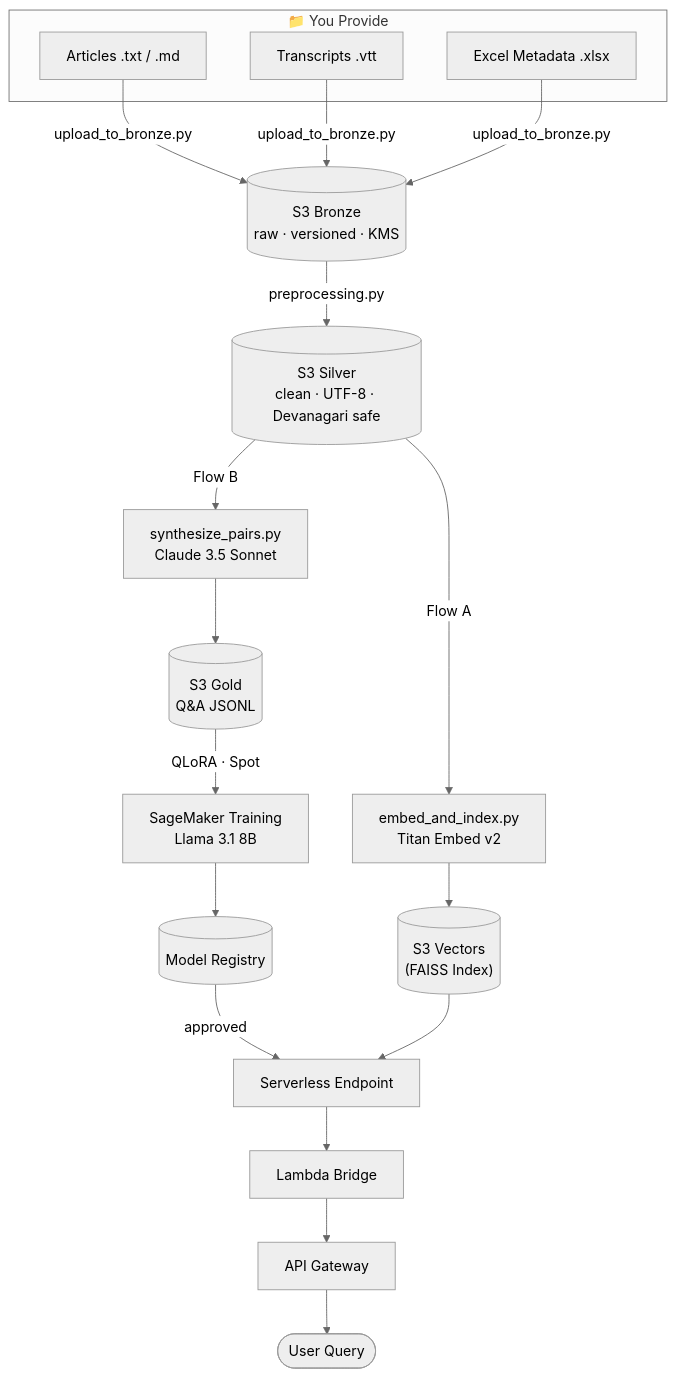
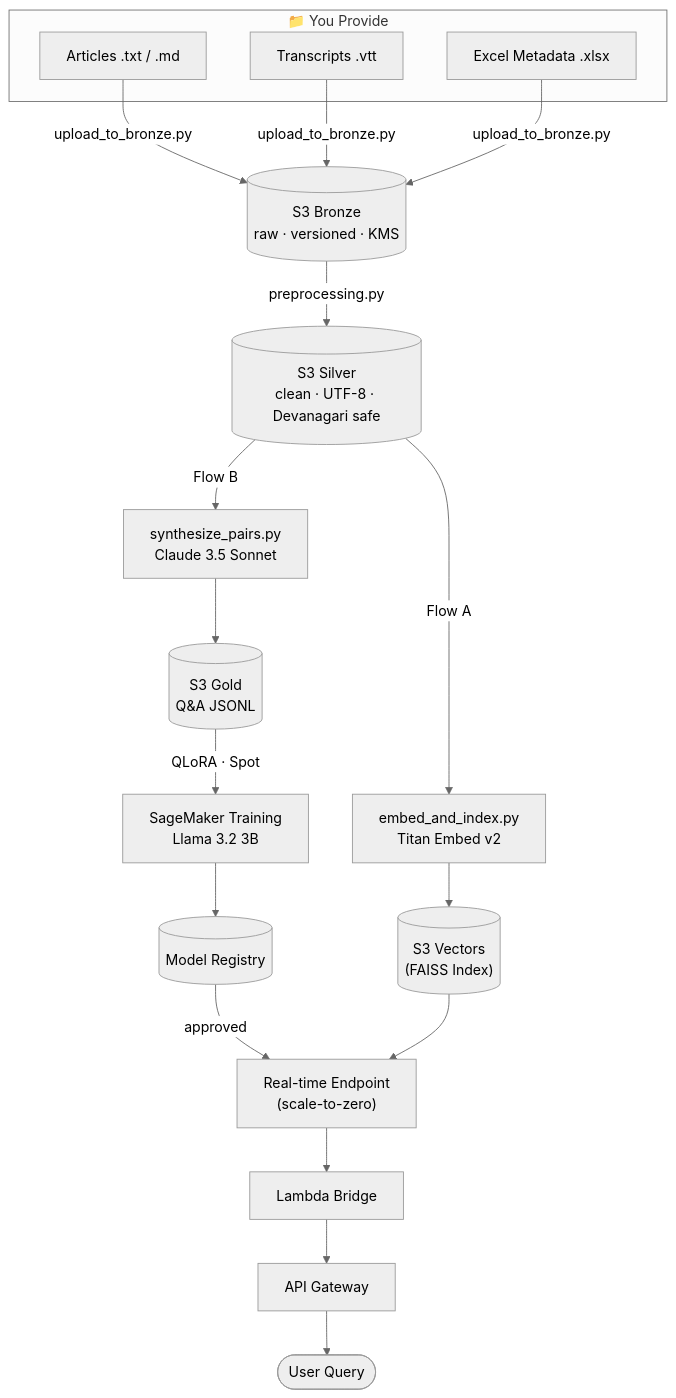
One commit to ashishv-82/sagemaker-project-chitrakatha changed the first of 2 diagrams in README.md. Above: the diagram before and after it, drawn with Mermaid (neutral theme). The commit also changed other lines of this file and 16 other files, not shown here.

````diff
--- a/README.md
+++ b/README.md
@@ -27,26 +27,26 @@
 ```mermaid
 flowchart TD
     subgraph YOU[" 📁 You Provide"]
         A1[Articles .txt / .md]
         A2[Transcripts .vtt]
         A3[Excel Metadata .xlsx]
     end
 
     A1 & A2 & A3 -->|upload_to_bronze.py| B[("S3 Bronze<br/>raw · versioned · KMS")]
     B -->|preprocessing.py| C[("S3 Silver<br/>clean · UTF-8 · Devanagari safe")]
 
     C -->|Flow A| D["embed_and_index.py<br/>Titan Embed v2"]
     C -->|Flow B| E["synthesize_pairs.py<br/>Claude 3.5 Sonnet"]
 
     D --> F[("S3 Vectors<br/>(FAISS Index)")]
     E --> G[("S3 Gold<br/>Q&A JSONL")]
 
-    G -->|"QLoRA · Spot"| H["SageMaker Training<br/>Llama 3.1 8B"]
+    G -->|"QLoRA · Spot"| H["SageMaker Training<br/>Llama 3.2 3B"]
     H --> I[(Model Registry)]
-    I -->|approved| J[Serverless Endpoint]
+    I -->|approved| J["Real-time Endpoint<br/>(scale-to-zero)"]
 
     F --> J
     J --> K[Lambda Bridge]
     K --> L[API Gateway]
     L --> M([User Query])
 ```
````
